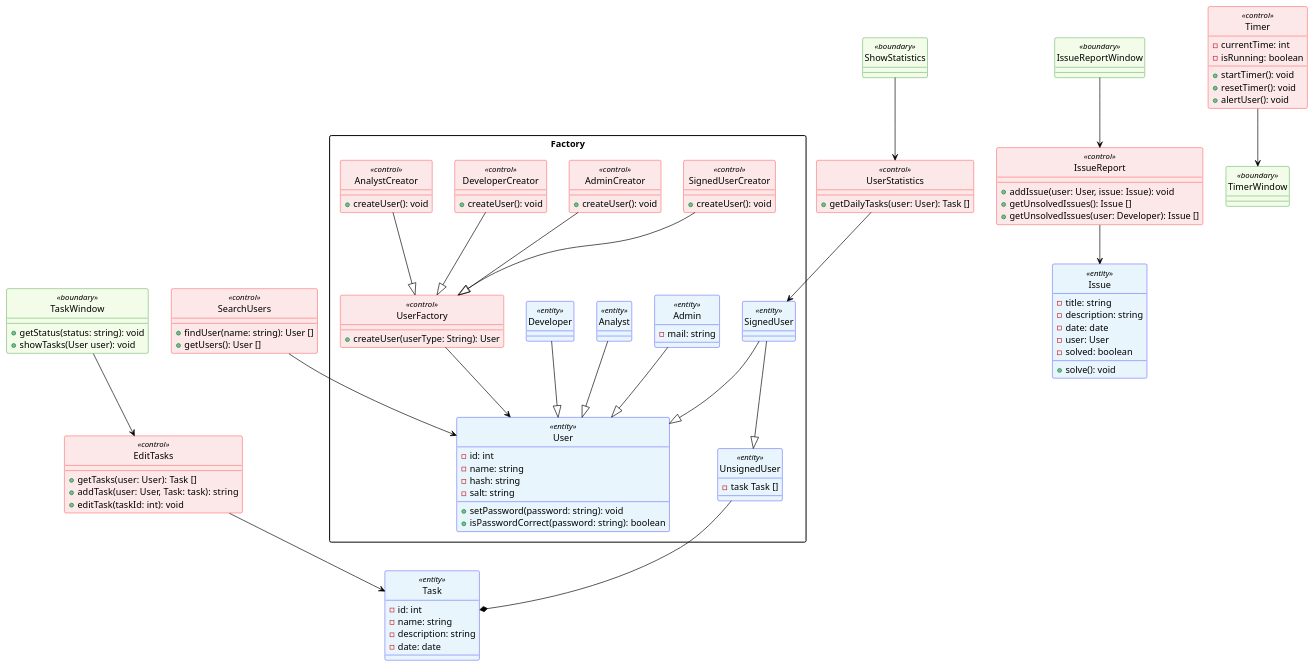
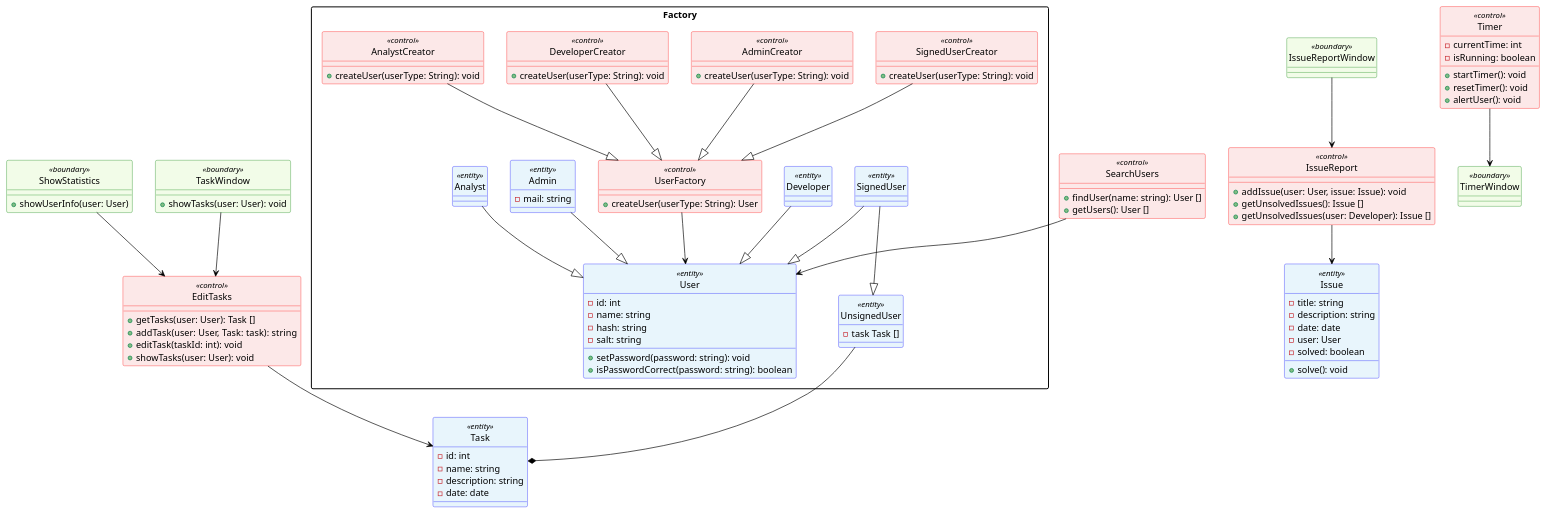
One commit to juremrzek/ProductivityApp changed the diagram in docs/gradivo/plantuml/razredni_diagram.plantuml. Above: the diagram before and after it, drawn with PlantUML.

Commit message:
Moved user statistics to more logical position

```diff
--- a/docs/gradivo/plantuml/razredni_diagram.plantuml
+++ b/docs/gradivo/plantuml/razredni_diagram.plantuml
@@ -1,144 +1,140 @@
 @startuml Aplikacija produktivnosti in organizacije 
 skinparam class {
   backgroundColor white
   borderColor #5FB8EC
   arrowColor black
 }
 skinparam class<<entity>> {
   backgroundColor #e8f5fc
   borderColor Blue
 }
 skinparam class<<control>> {
   backgroundColor #fce8e8
   borderColor Red
 }
 skinparam class<<boundary>> {
   backgroundColor #f2fce8
   borderColor Green
 }
 
 'skinparam shadowing false
 skinparam defaultTextAlignment center
 skinparam packageStyle rectangle
 skinparam groupInheritance 2
 hide circle
 'hide members
 
 '---------Razredi---------------------------
 package Factory{
   Class User<<entity>> {
     -id: int
     -name: string
     -hash: string
     -salt: string 
     +setPassword(password: string): void
     +isPasswordCorrect(password: string): boolean
   }
   Class UserFactory<<control>>{
     +createUser(userType: String): User
   }
   Class SignedUser<<entity>>{
 
   }
   Class Admin<<entity>>{
     -mail: string
   }
   Class Analyst<<entity>>{
 
   }
   Class Developer<<entity>>{
 
   }
   Class UnsignedUser<<entity>> {
     -task Task []
   }
   Class SignedUserCreator<<control>>{
-    +createUser(): void
+    +createUser(userType: String): void
   }
   Class AdminCreator<<control>>{
-    +createUser(): void
+    +createUser(userType: String): void
   }
   Class DeveloperCreator<<control>>{
-    +createUser(): void
+    +createUser(userType: String): void
   }
   Class AnalystCreator<<control>>{
-    +createUser(): void
+    +createUser(userType: String): void
   }
 }
 
-Class UserStatistics<<control>>{
-  +getDailyTasks(user: User): Task []
-}
 Class ShowStatistics<<boundary>>{
-
+  +showUserInfo(user: User)
 }
 Class Task<<entity>>{
   -id: int
   -name: string
   -description: string
   -date: date
 }
 class EditTasks<<control>>{
   +getTasks(user: User): Task []
   +addTask(user: User, Task: task): string
   +editTask(taskId: int): void
+  +showTasks(user: User): void
 }
 class TaskWindow<<boundary>>{
-  +getStatus(status: string): void
-  +showTasks(User user): void
+  +showTasks(user: User): void
 }
 Class Issue<<entity>>{
   -title: string
   -description: string
   -date: date
   -user: User
   -solved: boolean
   +solve(): void
 }
 Class IssueReport<<control>>{
   +addIssue(user: User, issue: Issue): void
   +getUnsolvedIssues(): Issue []
   +getUnsolvedIssues(user: Developer): Issue []
 }
 Class IssueReportWindow<<boundary>>
 
 Class SearchUsers<<control>>{
   +findUser(name: string): User []
   +getUsers(): User []
 }
 
 ' obvestiUsera - ko čas poteče, naredi popup al whatever. (better name pls)
 ' also a rabmo dodatne atribute/funkcije za pavzo?
 Class Timer<<control>>{
   -currentTime: int
   -isRunning: boolean
   +startTimer(): void
   +resetTimer(): void
   +alertUser(): void
 }
 Class TimerWindow<<boundary>>{
   
 }
 
 
 '------Povezave-----------------------
 UnsignedUser --* Task
 EditTasks --> Task
 TaskWindow --> EditTasks
 IssueReport --> Issue
 IssueReportWindow --> IssueReport
 SearchUsers --> User
 Timer --> TimerWindow
 SignedUser --|> User
 SignedUser --|> UnsignedUser
 Analyst --|> User
 Admin --|> User
 Developer --|> User
-UserStatistics --> SignedUser
-ShowStatistics --> UserStatistics
+ShowStatistics --> EditTasks
 UserFactory --> User
 SignedUserCreator --|> UserFactory
 DeveloperCreator --|> UserFactory
 AnalystCreator --|> UserFactory
 AdminCreator --|> UserFactory
 @enduml
```
